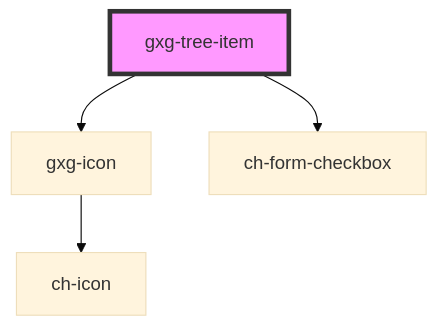
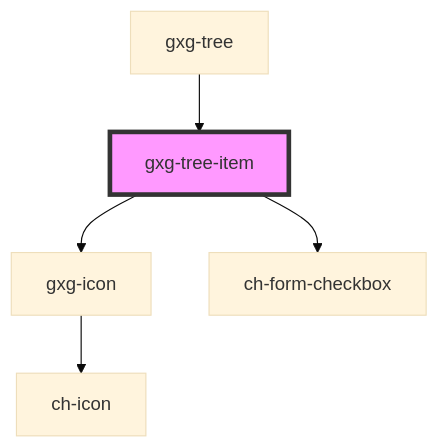
One commit to genexuslabs/gemini changed the diagram in src/components/tree-item/readme.md. Above: the diagram before and after it, drawn with Mermaid (base theme). The commit also changed other lines of this file and 9 other files, not shown here.

````diff
--- a/src/components/tree-item/readme.md
+++ b/src/components/tree-item/readme.md
@@ -63,7 +67,8 @@
 ```mermaid
 graph TD;
   gxg-tree-item --> gxg-icon
   gxg-tree-item --> ch-form-checkbox
   gxg-icon --> ch-icon
+  gxg-tree --> gxg-tree-item
   style gxg-tree-item fill:#f9f,stroke:#333,stroke-width:4px
 ```
````
